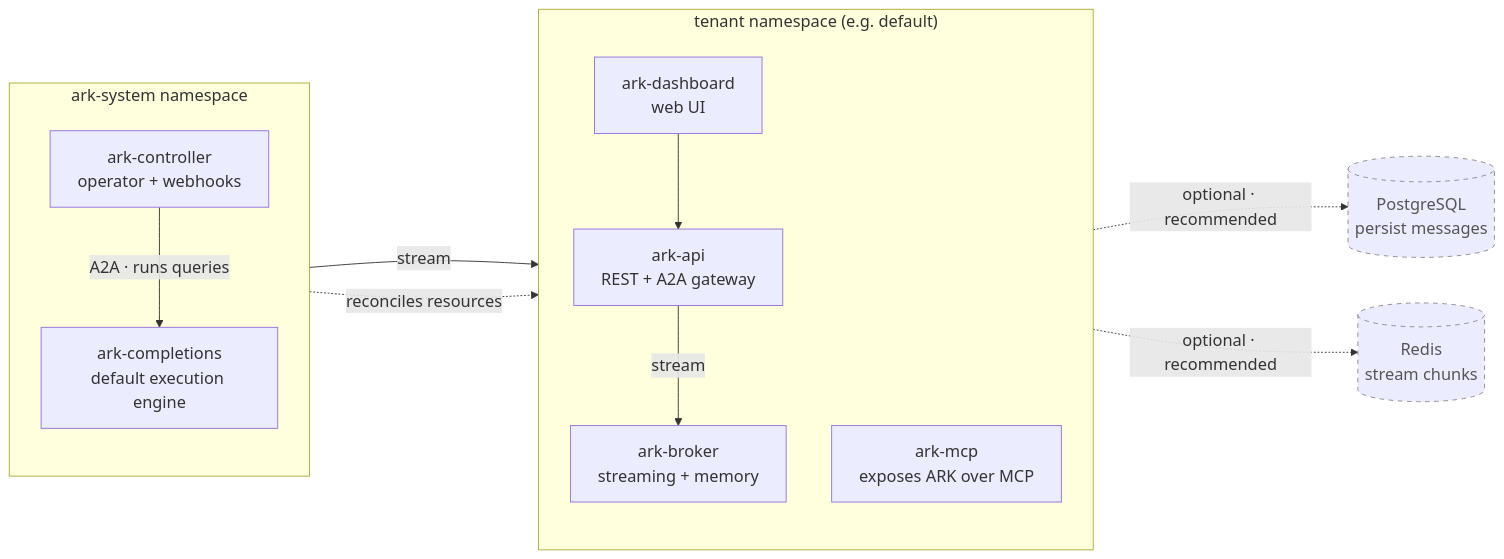
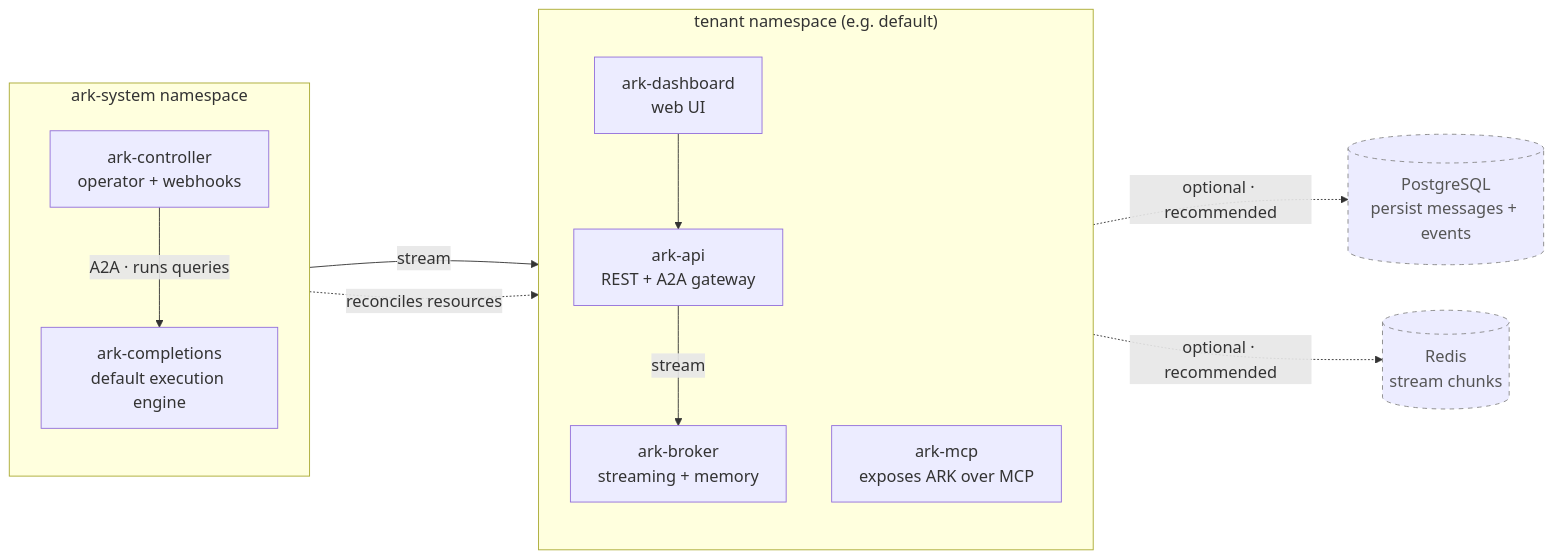
The diagram in docs/content/core-concepts/index.mdx (mckinsey/agents-at-scale-ark), drawn with Mermaid before and after one commit. The commit also changed 9 other files, not shown here.

````diff
--- a/docs/content/core-concepts/index.mdx
+++ b/docs/content/core-concepts/index.mdx
@@ -49,31 +49,31 @@
 ```mermaid
 %%{init: {'themeVariables': {'fontSize': '18px'}, 'flowchart': {'rankSpacing': 80, 'nodeSpacing': 50}}}%%
 flowchart LR
     subgraph arksystem["ark-system namespace"]
         direction TB
         controller["ark-controller<br/>operator + webhooks"]
         completions["ark-completions<br/>default execution engine"]
     end
 
     subgraph tenant["tenant namespace (e.g. default)"]
         direction TB
         api["ark-api<br/>REST + A2A gateway"]
         dashboard["ark-dashboard<br/>web UI"]
         mcp["ark-mcp<br/>exposes ARK over MCP"]
         broker["ark-broker<br/>streaming + memory"]
     end
 
-    postgres[("PostgreSQL<br/>persist messages")]
+    postgres[("PostgreSQL<br/>persist messages + events")]
     redis[("Redis<br/>stream chunks")]
 
     controller -->|"A2A · runs queries"| completions
     controller -.->|"reconciles resources"| tenant
     dashboard --> api
     api -->|"stream"| broker
     completions -->|"stream"| broker
     broker -.->|"optional · recommended"| postgres
     broker -.->|"optional · recommended"| redis
 
     classDef optional stroke-dasharray:5 5,stroke:#888,color:#555;
     class postgres,redis optional;
 ```
````
